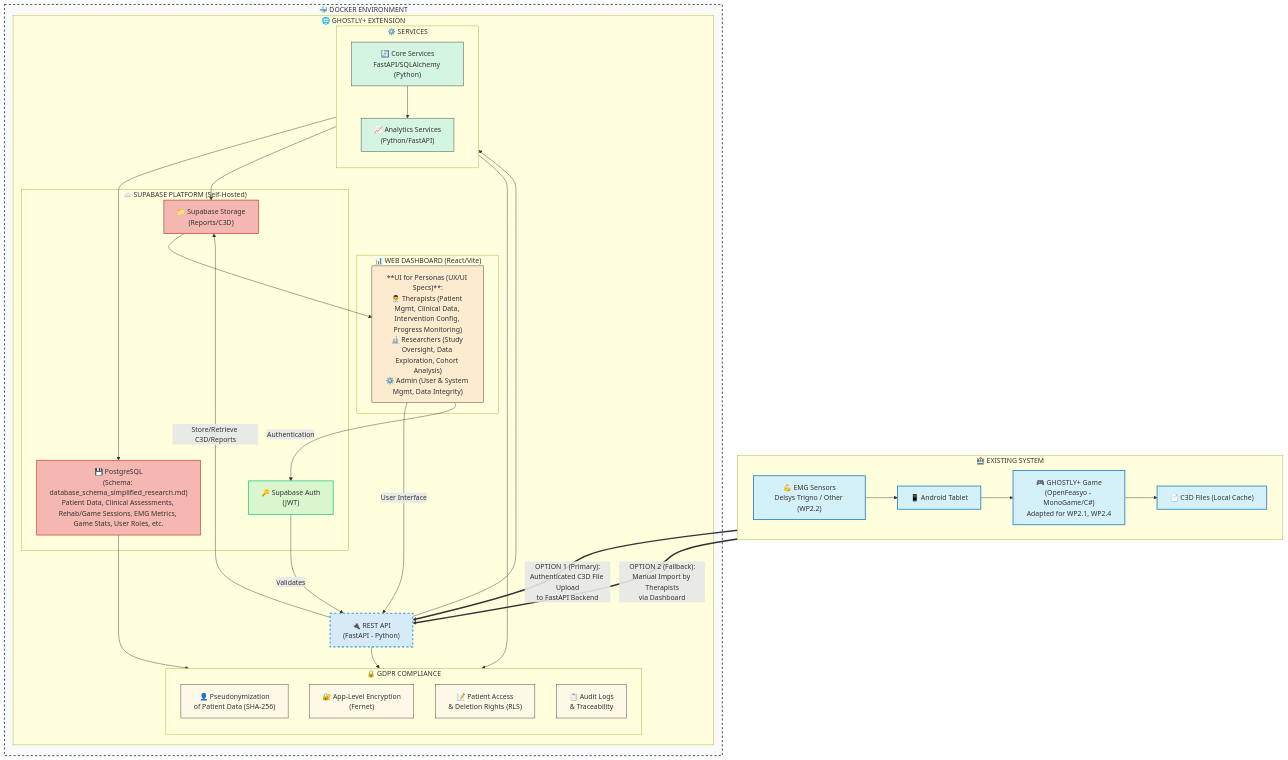
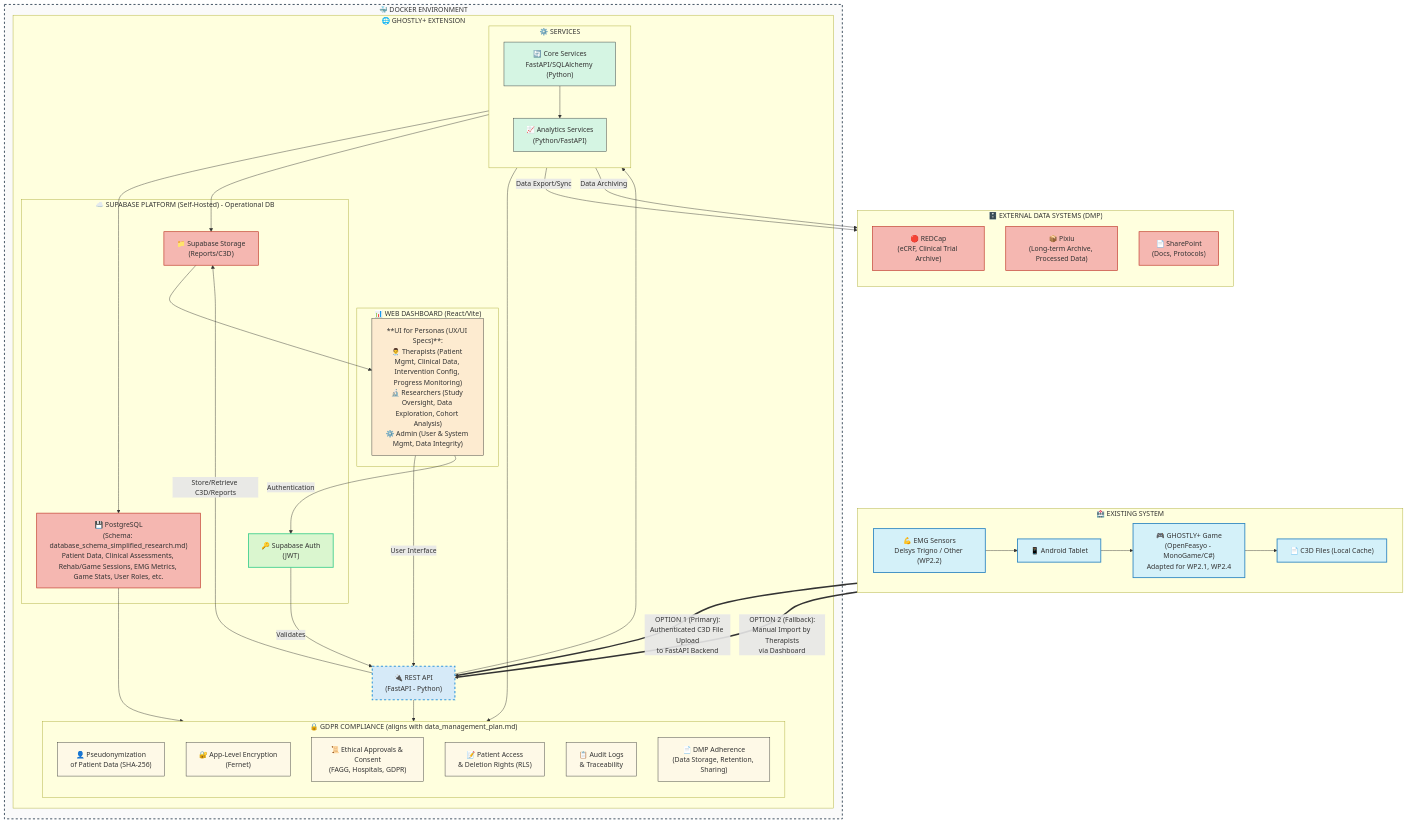
The diagram in memory-bank/systemPatterns.md (ggustin93/ghostly-plus-dashboard), drawn with Mermaid before and after one commit. The commit also changed other lines of this file and 7 other files, not shown here.

````diff
--- a/memory-bank/systemPatterns.md
+++ b/memory-bank/systemPatterns.md
@@ -63,18 +74,20 @@
                 Analytics["📈 Analytics Services<br>(Python/FastAPI)"]:::backend
             end
             
-            subgraph SupabaseCloud["☁️ SUPABASE PLATFORM (Self-Hosted)"]
+            subgraph SupabaseCloud["☁️ SUPABASE PLATFORM (Self-Hosted) - Operational DB"]
                 Database["💾 PostgreSQL<br>(Schema: database_schema_simplified_research.md)<br>Patient Data, Clinical Assessments, Rehab/Game Sessions, EMG Metrics, Game Stats, User Roles, etc."]:::database
                 FileStore["📁 Supabase Storage<br>(Reports/C3D)"]:::database
                 Auth["🔑 Supabase Auth<br>(JWT)"]:::supabase
             end
             
-            subgraph GDPRCompliance["🔒 GDPR COMPLIANCE"]
+            subgraph GDPRCompliance["🔒 GDPR COMPLIANCE (aligns with data_management_plan.md)"]
                 direction TB
                 Pseudonymization["👤 Pseudonymization<br>of Patient Data (SHA-256)"]:::security
                 DataEncryption["🔐 App-Level Encryption<br>(Fernet)"]:::security
+                EthicalApprovals["📜 Ethical Approvals & Consent<br>(FAGG, Hospitals, GDPR)"]:::security
                 AccessControl["📝 Patient Access<br>& Deletion Rights (RLS)"]:::security
                 AuditLogs["📋 Audit Logs<br>& Traceability"]:::security
+                DMPAdherence["📄 DMP Adherence<br>(Data Storage, Retention, Sharing)"]:::security
             end
         end
     end
@@ -112,4 +125,15 @@
     FastAPIServices --> GDPRCompliance
     Database --> GDPRCompliance
     API --> GDPRCompliance
+
+    %% External Data Systems (as per DMP)
+    subgraph ExternalSystems["🗄️ EXTERNAL DATA SYSTEMS (DMP)"]
+        direction TB
+        REDCap["🔴 REDCap<br>(eCRF, Clinical Trial Archive)"]:::database
+        Pixiu["📦 Pixiu<br>(Long-term Archive, Processed Data)"]:::database
+        SharePoint["📄 SharePoint<br>(Docs, Protocols)"]:::database
+    end
+
+    FastAPIServices --> |"Data Export/Sync"| REDCap
+    FastAPIServices --> |"Data Archiving"| Pixiu
 ```
````
